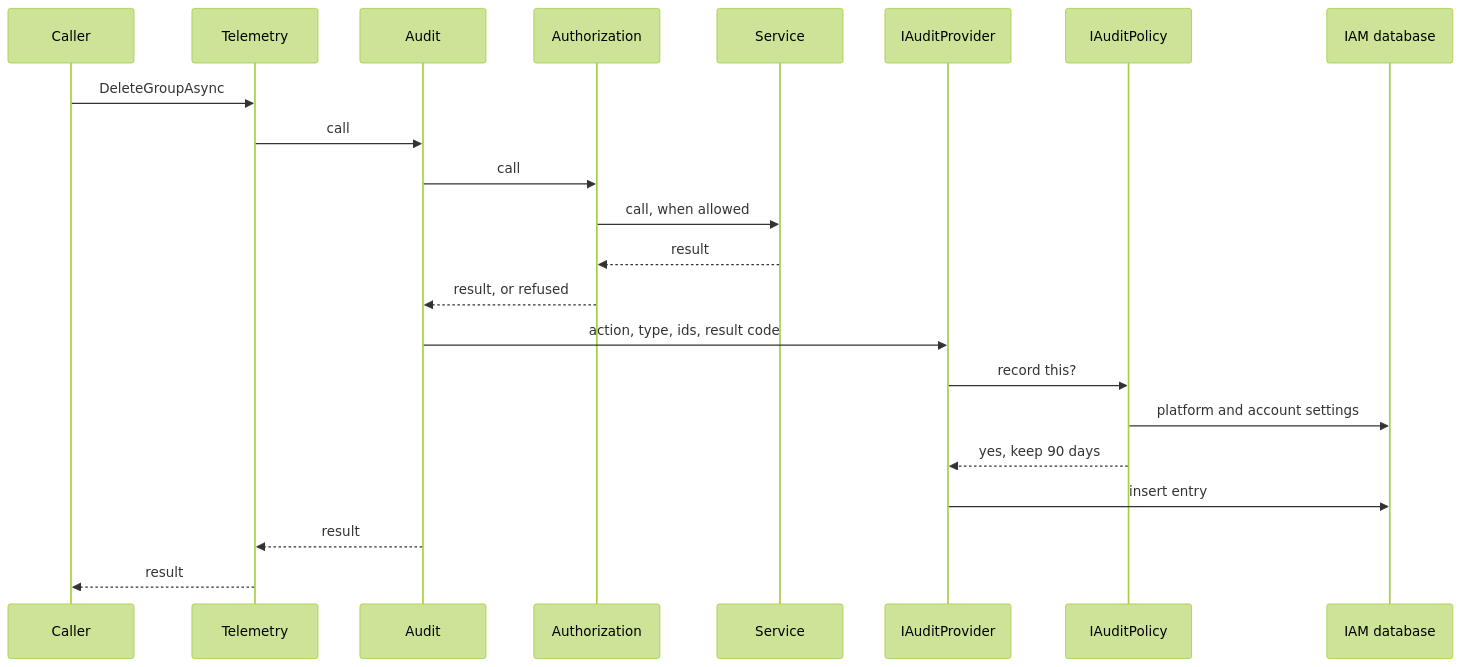
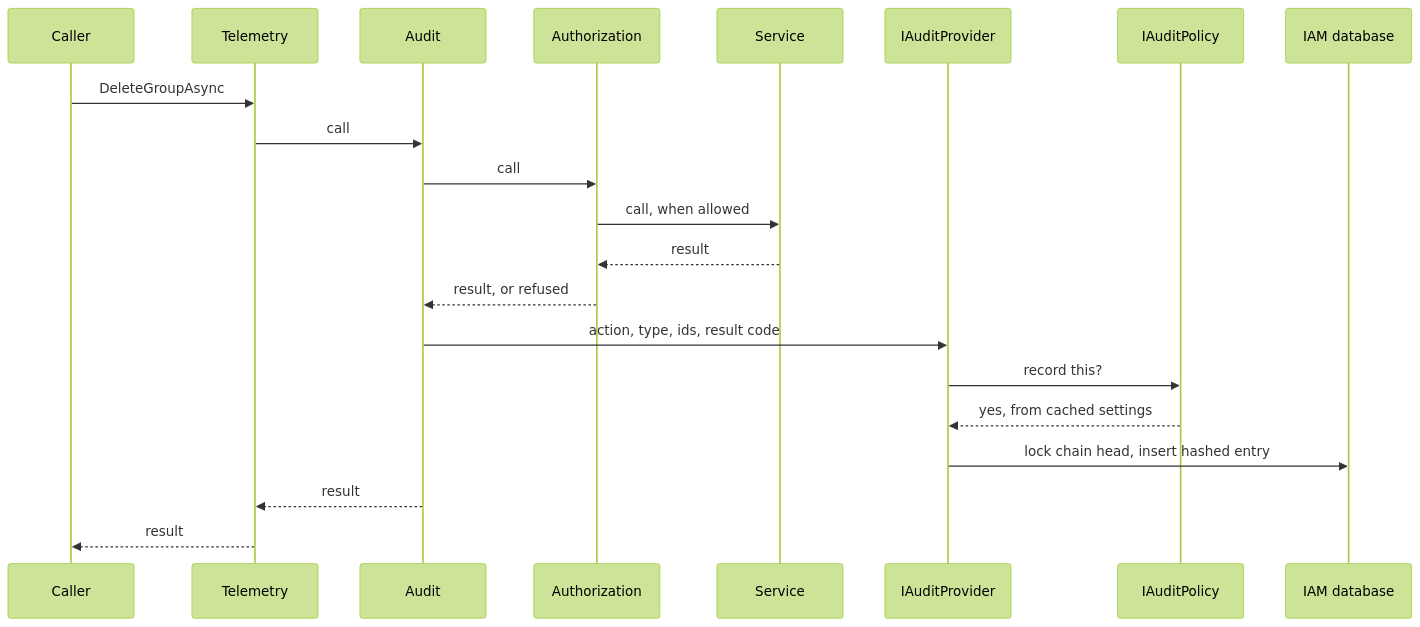
One commit to ultrabstrong/Corely.IAM changed the fourth of 5 diagrams in Plans/auditing.md. Above: the diagram before and after it, drawn with Mermaid (forest theme). The commit also changed other lines of this file, not shown here.

First line of the commit message:
Settle audit visibility, best effort writes, names in details, platform cohorts, export cap and the hash chain

````diff
--- a/Plans/auditing.md
+++ b/Plans/auditing.md
@@ -126,24 +149,23 @@
 ```mermaid
 sequenceDiagram
     participant C as Caller
     participant T as Telemetry
     participant A as Audit
     participant Z as Authorization
     participant S as Service
     participant P as IAuditProvider
     participant Pol as IAuditPolicy
     participant DB as IAM database
     C->>T: DeleteGroupAsync
     T->>A: call
     A->>Z: call
     Z->>S: call, when allowed
     S-->>Z: result
     Z-->>A: result, or refused
     A->>P: action, type, ids, result code
     P->>Pol: record this?
-    Pol->>DB: platform and account settings
-    Pol-->>P: yes, keep 90 days
-    P->>DB: insert entry
+    Pol-->>P: yes, from cached settings
+    P->>DB: lock chain head, insert hashed entry
     A-->>T: result
     T-->>C: result
 ```
````
